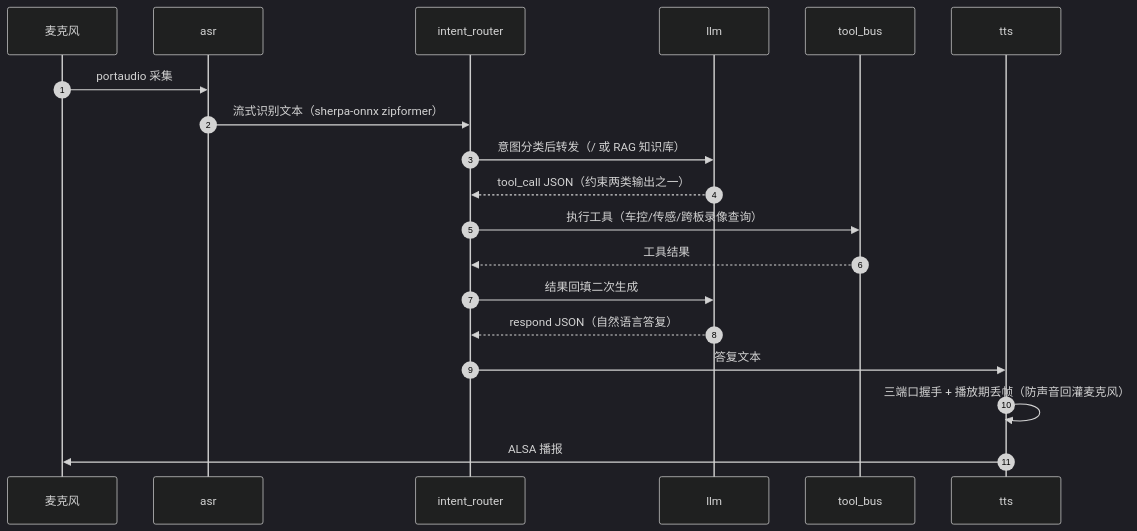
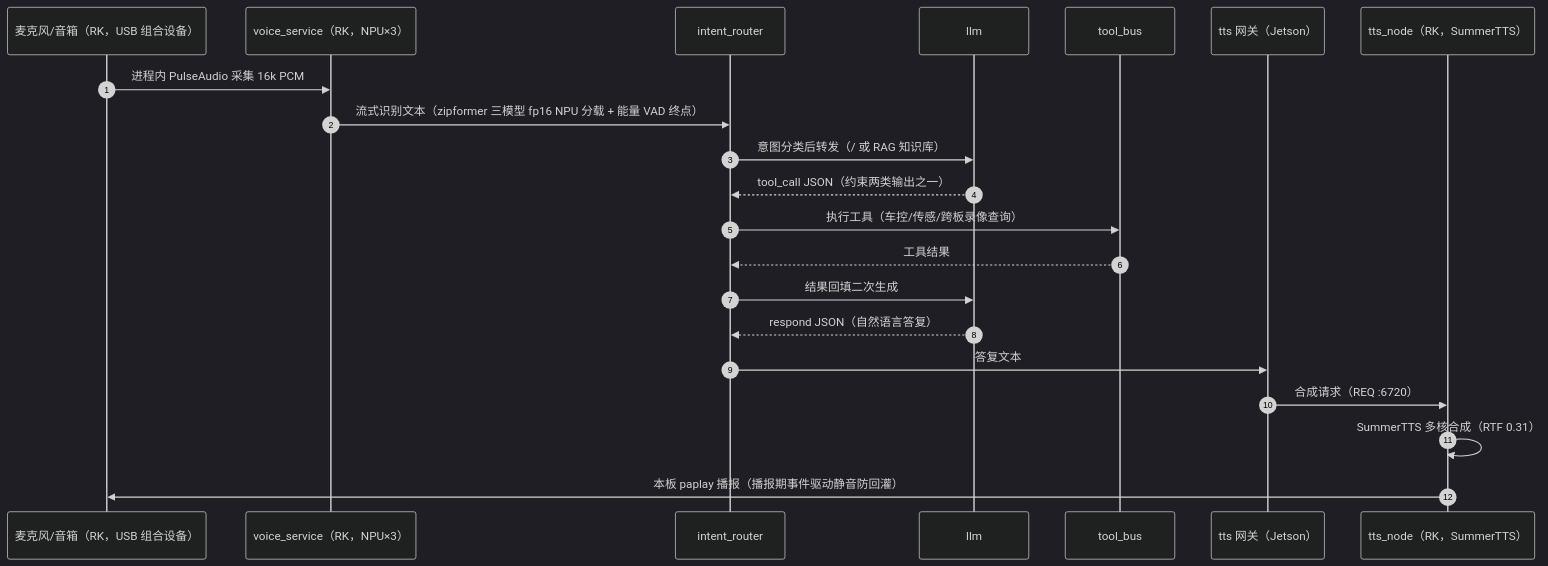
The diagram in README.md (Zesaen/VoxDrive), drawn with Mermaid (dark theme) before and after one commit. The commit also changed other lines of this file and 5 other files, not shown here.

Commit message:
README 第三轮性能复测数据 + 架构图/真屏截图/1080p 快照配图；.gitignore 收编 PC 侧工作资产

````diff
--- a/README.md
+++ b/README.md
@@ -93,22 +68,24 @@
 ```mermaid
 sequenceDiagram
     autonumber
-    participant Mic as 麦克风
-    participant ASR as asr
+    participant Mic as 麦克风/音箱（RK，USB 组合设备）
+    participant ASR as voice_service（RK，NPU×3）
     participant R as intent_router
     participant L as llm
     participant T as tool_bus
-    participant S as tts
+    participant G as tts 网关（Jetson）
+    participant TN as tts_node（RK，SummerTTS）
 
-    Mic->>ASR: portaudio 采集
-    ASR->>R: 流式识别文本（sherpa-onnx zipformer）
+    Mic->>ASR: 进程内 PulseAudio 采集 16k PCM
+    ASR->>R: 流式识别文本（zipformer 三模型 fp16 NPU 分载 + 能量 VAD 终点）
     R->>L: 意图分类后转发（/ 或 RAG 知识库）
     L-->>R: tool_call JSON（约束两类输出之一）
     R->>T: 执行工具（车控/传感/跨板录像查询）
     T-->>R: 工具结果
     R->>L: 结果回填二次生成
     L-->>R: respond JSON（自然语言答复）
-    R->>S: 答复文本
-    S->>S: 三端口握手 + 播放期丢帧（防声音回灌麦克风）
-    S->>Mic: ALSA 播报
+    R->>G: 答复文本
+    G->>TN: 合成请求（REQ :6720）
+    TN->>TN: SummerTTS 多核合成（RTF 0.31）
+    TN->>Mic: 本板 paplay 播报（播报期事件驱动静音防回灌）
 ```
````
